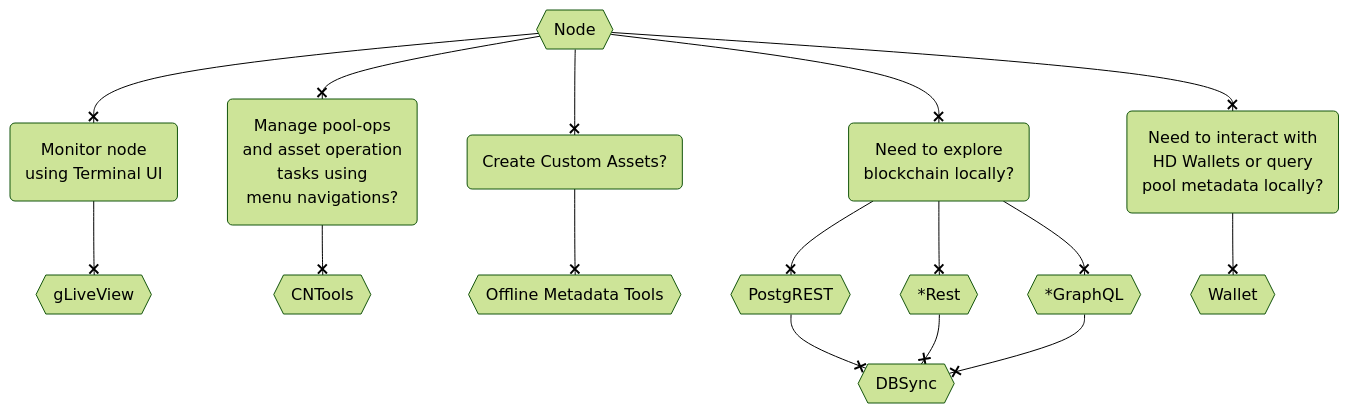
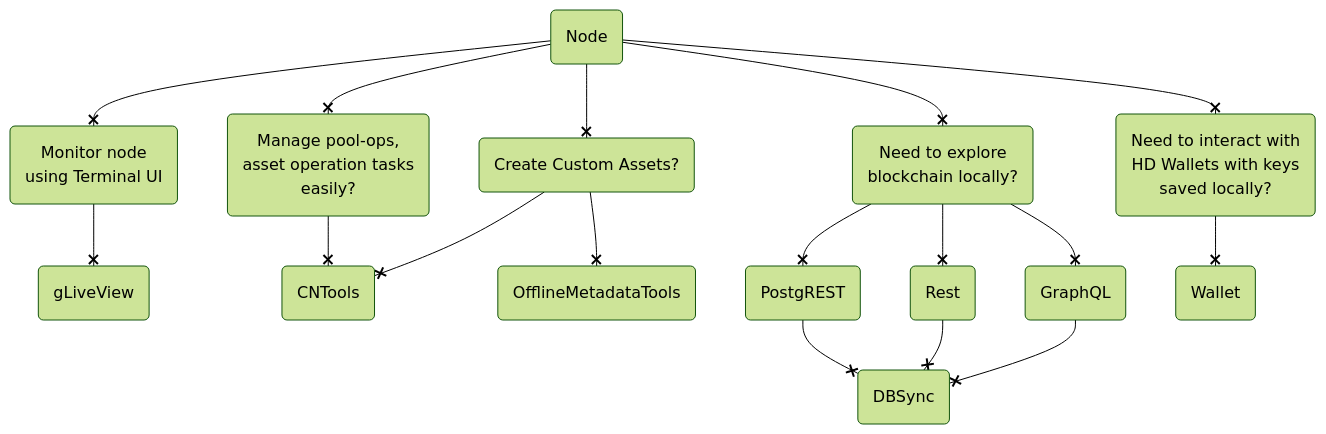
One commit to cardano-community/guild-operators changed the diagram in docs/build.md. Above: the diagram before and after it, drawn with Mermaid (forest theme). The commit also changed other lines of this file and 54 other files, not shown here.

````diff
--- a/docs/build.md
+++ b/docs/build.md
@@ -7,26 +7,28 @@
-```mermaid
+``` mermaid
 graph TB
-  A(Need to interact with <br/>HD Wallets or query<br/> pool metadata locally?)
+  A(Need to interact with <br/>HD Wallets with keys<br/>saved locally?)
   B(Need to explore <br/> blockchain locally?)
-  C(Manage pool-ops <br/> and asset operation <br/> tasks using <br/> menu navigations?)
+  C(Manage pool-ops, <br/> asset operation tasks <br/> easily?)
   D(Create Custom Assets?)
   E(Monitor node <br/> using Terminal UI)
-  O{{Node}}
-  P{{PostgREST}}
-  Q{{DBSync }}
-  R{{Wallet}}
-  S{{CNTools}}
-  T{{*Rest}}
-  U{{*GraphQL}}
-  V{{Offline Metadata Tools}}
-  X{{gLiveView}}
+  O(Node)
+  P(PostgREST)
+  Q(DBSync)
+  R(Wallet)
+  S(CNTools)
+  T(Rest)
+  U(GraphQL)
+  V(OfflineMetadataTools)
+  X(gLiveView)
 
 O --x E --x X
 O --x C --x S
-O --x D --x V
+O --x D
+D --x S
+D --x V
 O --x B
 B --x P --x Q
 B --x T --x Q
 B --x U --x Q
 O --x A --x R
 ```
````
